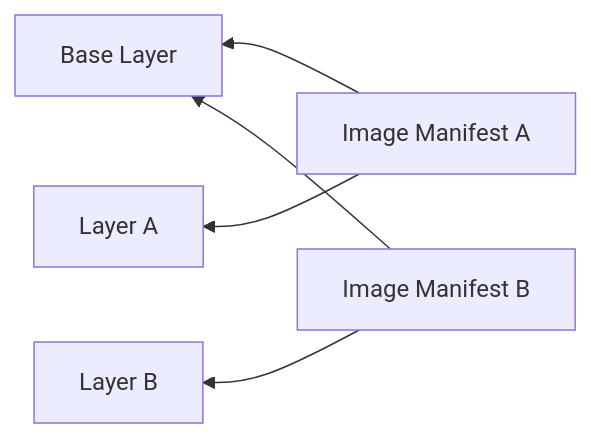
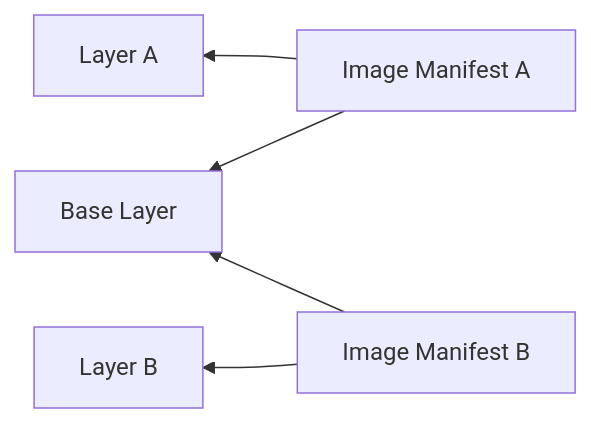
The second of 2 diagrams in docs/oci-artifact.md (robinkb/cascade), drawn with Mermaid before and after one commit. The commit also changed other lines of this file, not shown here.

Commit message:
Update graph for layout

````diff
--- a/docs/oci-artifact.md
+++ b/docs/oci-artifact.md
@@ -74,13 +74,13 @@
 ```mermaid
 graph RL
     LayerBase["Base Layer"]
     LayerA["Layer A"]
     LayerB["Layer B"]
     ImageManifestA["Image Manifest A"]
     ImageManifestB["Image Manifest B"]
     
+    ImageManifestA --> LayerA
     ImageManifestA --> LayerBase
-    ImageManifestA --> LayerA
+    ImageManifestB --> LayerB
     ImageManifestB --> LayerBase
-    ImageManifestB --> LayerB
 ```
````
